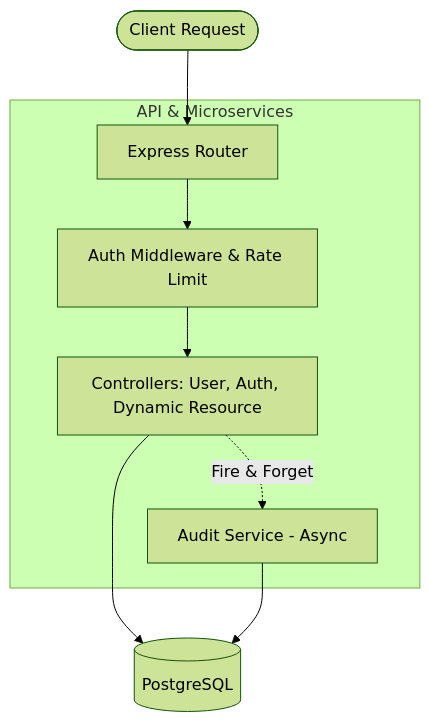
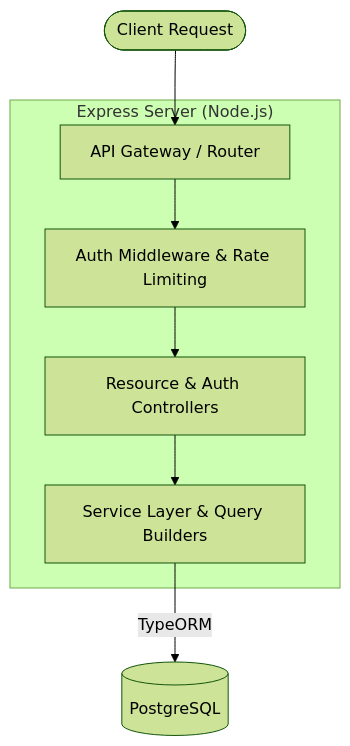
One commit to vitvangg/smart-api-hub changed the diagram in README.md. Above: the diagram before and after it, drawn with Mermaid (forest theme). The commit also changed other lines of this file, not shown here.

````diff
--- a/README.md
+++ b/README.md
@@ -7,20 +23,19 @@
 ```mermaid
 graph TD
     Client([Client Request])
     
-    subgraph API["API & Microservices"]
-        Gateway[Express Router]
-        Auth[Auth Middleware & Rate Limit]
-        Controllers[Controllers: User, Auth, Dynamic Resource]
-        Audit[Audit Service - Async]
+    subgraph Application ["Express Server (Node.js)"]
+        Gateway[API Gateway / Router]
+        Auth[Auth Middleware & Rate Limiting]
+        Controllers[Resource & Auth Controllers]
+        Services[Service Layer & Query Builders]
     end
     
     DB[(PostgreSQL)]
     
     Client --> Gateway
     Gateway --> Auth
     Auth --> Controllers
-    Controllers --> DB
-    Controllers -. "Fire & Forget" .-> Audit
-    Audit --> DB
+    Controllers --> Services
+    Services --> |TypeORM| DB
 ```
````
